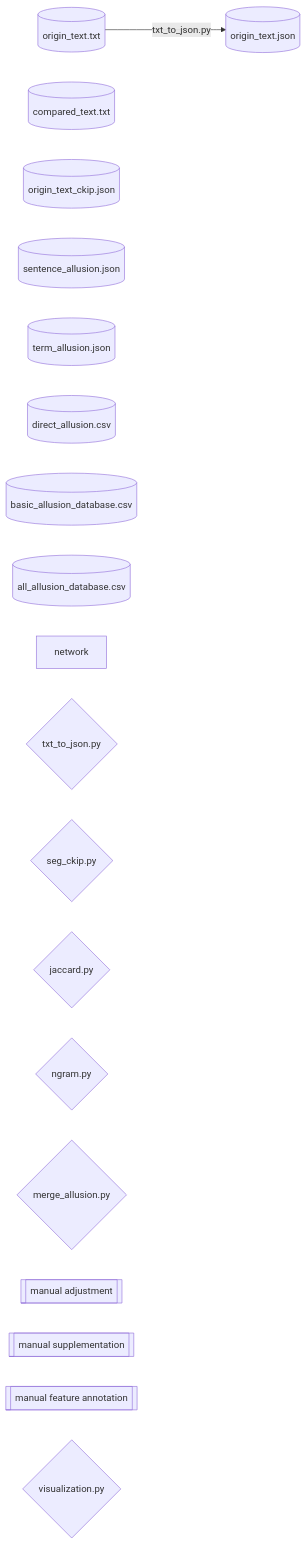
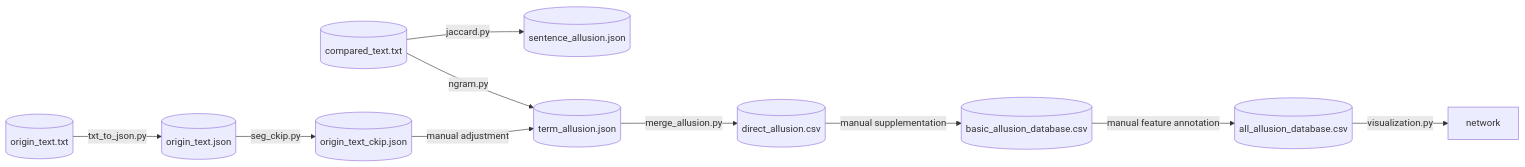
The diagram in README.md (Taoyi-Chiang/lufu_allusion), drawn with Mermaid before and after one commit.

````diff
--- a/README.md
+++ b/README.md
@@ -3,27 +3,26 @@
 ```mermaid
 graph LR
     %% 1. 定義各個節點
     A1[(origin_text.txt)]
     A2[(compared_text.txt)]
     B1[(origin_text.json)]
     B2[(origin_text_ckip.json)]
     C1[(sentence_allusion.json)]
     C2[(term_allusion.json)]
     D1[(direct_allusion.csv)]
     E1[(basic_allusion_database.csv)]
     E2[(all_allusion_database.csv)]
     F1[network]
 
-    G1{txt_to_json.py}
-    G2{seg_ckip.py}
-    H1{jaccard.py}
-    H2{ngram.py}
-    I1{merge_allusion.py}
-    J1[[manual adjustment]]
-    J2[[manual supplementation]]
-    J3[[manual feature annotation]]
-    K1{visualization.py}
-
     %% 2. 定義接點方向
     A1-->|txt_to_json.py|B1
+    B1-->|seg_ckip.py|B2
+    B2-->|manual adjustment|C2
+    A2-->|jaccard.py|C1
+    A2-->|ngram.py|C2
+    C2-->|merge_allusion.py|D1
+    D1-->|manual supplementation|E1
+    E1-->|manual feature annotation|E2
+    E2-->|visualization.py|F1
+    
 ```
````
